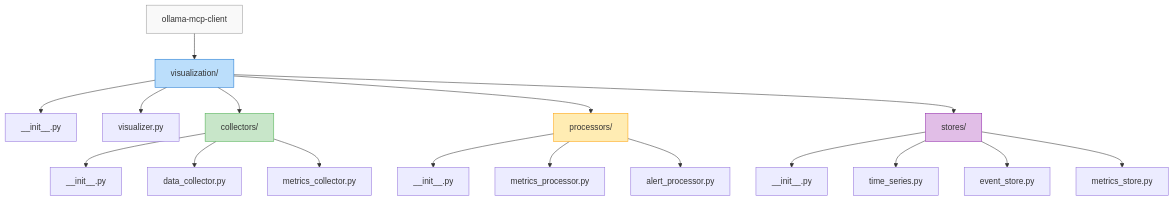
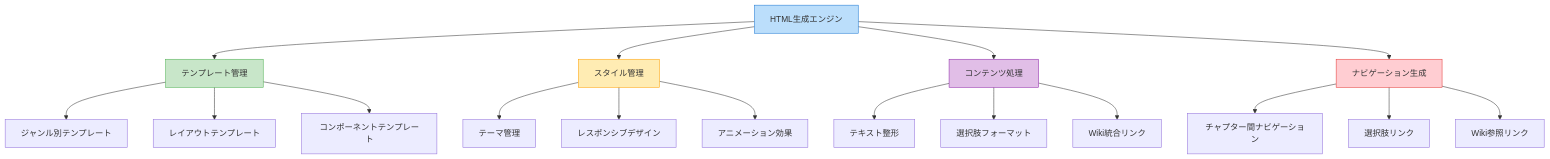
One commit to NewAITees/FableMaze changed the sixth of 7 diagrams in docs/ARCHITECTURE.md. Above: the diagram before and after it, drawn with Mermaid. The commit also changed other lines of this file and 6 other files, not shown here.

Commit message:
Rename project from Ollama MCP Client & Agent to FableMaze, updating documentation and structure to reflect new branding and functionality focused on interactive story generation. Remove obsolete visualizer module and adjust setup instructions for development environment.

````diff
--- a/docs/ARCHITECTURE.md
+++ b/docs/ARCHITECTURE.md
@@ -303,28 +270,29 @@
 ```mermaid
 graph TD
-    A[ollama-mcp-client] --> V[visualization/]
-    V --> V1[__init__.py]
-    V --> V2[visualizer.py]
-    V --> V3[collectors/]
-    V --> V4[processors/]
-    V --> V5[stores/]
+    A[HTML生成エンジン] --> B[テンプレート管理]
+    A --> C[スタイル管理]
+    A --> D[コンテンツ処理]
+    A --> E[ナビゲーション生成]
     
-    V3 --> C1[__init__.py]
-    V3 --> C2[data_collector.py]
-    V3 --> C3[metrics_collector.py]
+    B --> B1[ジャンル別テンプレート]
+    B --> B2[レイアウトテンプレート]
+    B --> B3[コンポーネントテンプレート]
     
-    V4 --> P1[__init__.py]
-    V4 --> P2[metrics_processor.py]
-    V4 --> P3[alert_processor.py]
+    C --> C1[テーマ管理]
+    C --> C2[レスポンシブデザイン]
+    C --> C3[アニメーション効果]
     
-    V5 --> S1[__init__.py]
-    V5 --> S2[time_series.py]
-    V5 --> S3[event_store.py]
-    V5 --> S4[metrics_store.py]
+    D --> D1[テキスト整形]
+    D --> D2[選択肢フォーマット]
+    D --> D3[Wiki統合リンク]
     
-    style A fill:#f9f9f9,stroke:#999
-    style V fill:#bbdefb,stroke:#1976d2
-    style V3 fill:#c8e6c9,stroke:#4caf50
-    style V4 fill:#ffecb3,stroke:#ffa000
-    style V5 fill:#e1bee7,stroke:#8e24aa
+    E --> E1[チャプター間ナビゲーション]
+    E --> E2[選択肢リンク]
+    E --> E3[Wiki参照リンク]
+    
+    style A fill:#bbdefb,stroke:#1976d2
+    style B fill:#c8e6c9,stroke:#4caf50
+    style C fill:#ffecb3,stroke:#ffa000
+    style D fill:#e1bee7,stroke:#8e24aa
+    style E fill:#ffcdd2,stroke:#e53935
 ```
````
